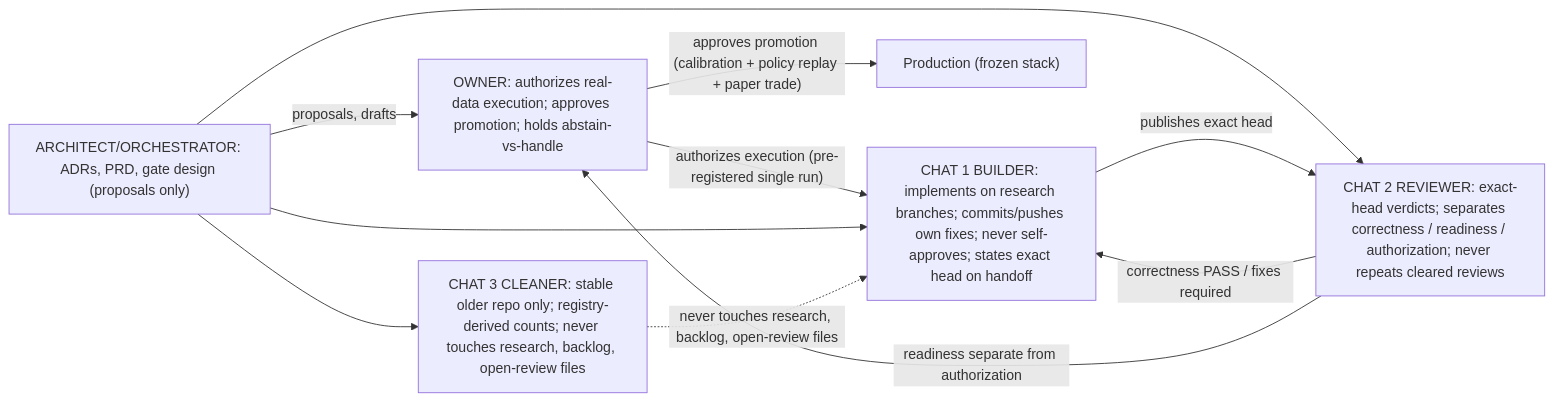
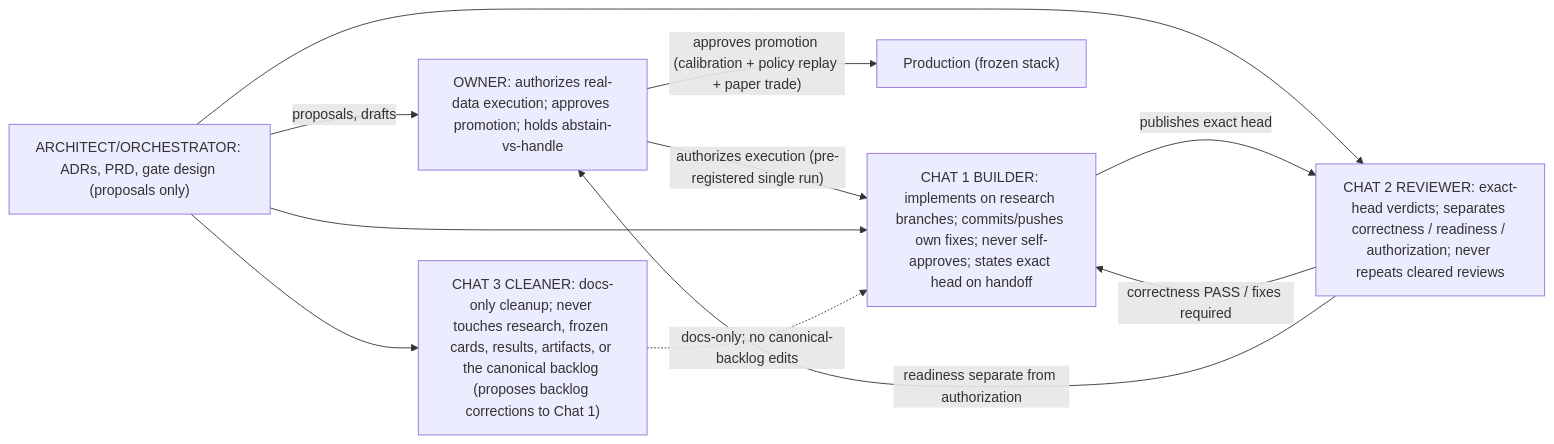
One commit to Cbkaplinger/MLB-Props changed the diagram in docs/diagrams/07-lanes-and-roles.md. Above: the diagram before and after it, drawn with Mermaid. The commit also changed other lines of this file and 1 other file, not shown here.

````diff
--- a/docs/diagrams/07-lanes-and-roles.md
+++ b/docs/diagrams/07-lanes-and-roles.md
@@ -7,18 +10,18 @@
 ```mermaid
 flowchart LR
   OWNER["OWNER: authorizes real-data execution; approves promotion; holds abstain-vs-handle"]
   ARCH["ARCHITECT/ORCHESTRATOR: ADRs, PRD, gate design (proposals only)"]
   B["CHAT 1 BUILDER: implements on research branches; commits/pushes own fixes; never self-approves; states exact head on handoff"]
   R["CHAT 2 REVIEWER: exact-head verdicts; separates correctness / readiness / authorization; never repeats cleared reviews"]
-  C["CHAT 3 CLEANER: stable older repo only; registry-derived counts; never touches research, backlog, open-review files"]
+  C["CHAT 3 CLEANER: docs-only cleanup; never touches research, frozen cards, results, artifacts, or the canonical backlog (proposes backlog corrections to Chat 1)"]
   OWNER -->|"authorizes execution (pre-registered single run)"| B
   OWNER -->|"approves promotion (calibration + policy replay + paper trade)"| PROD["Production (frozen stack)"]
   ARCH -->|"proposals, drafts"| OWNER
   ARCH --> B
   ARCH --> R
   ARCH --> C
   B -- "publishes exact head" --> R
   R -- "correctness PASS / fixes required" --> B
   R -- "readiness separate from authorization" --> OWNER
-  C -. "never touches research, backlog, open-review files" .-> B
+  C -. "docs-only; no canonical-backlog edits" .-> B
 ```
````
